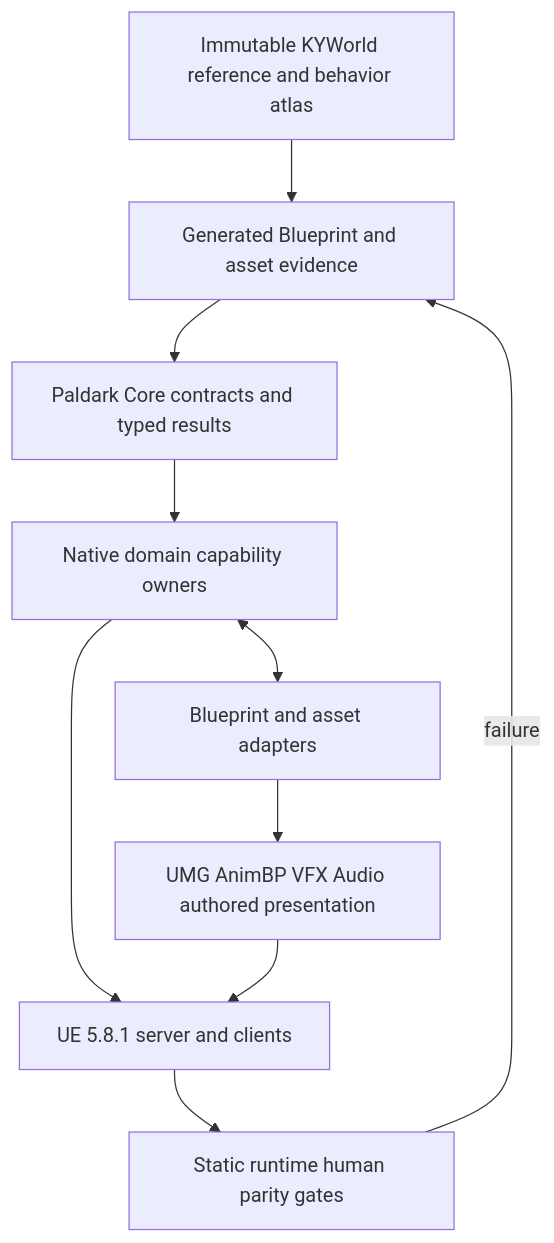
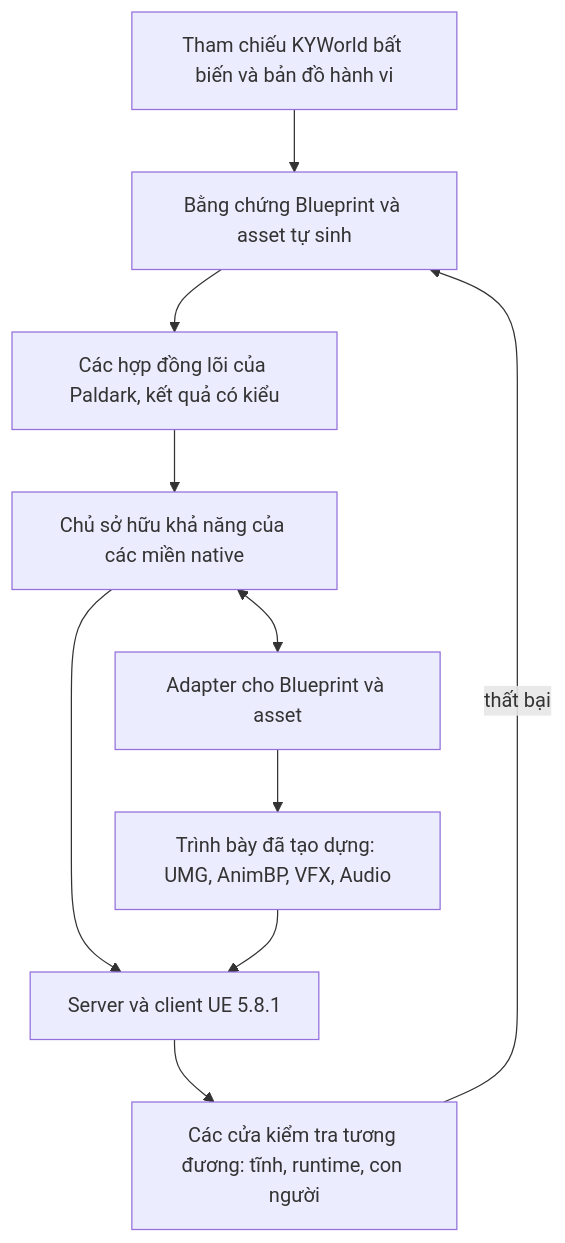
The seventh of 8 diagrams in V5/09-uefn-architecture-and-paldarkv5.md (SlimeVRX/Paldark-Docs), drawn with Mermaid before and after one commit. The commit also changed other lines of this file, not shown here.

Commit message:
docs: simplify UEFN architecture chapter

````diff
--- a/V5/09-uefn-architecture-and-paldarkv5.md
+++ b/V5/09-uefn-architecture-and-paldarkv5.md
@@ -1811,21 +1739,21 @@
-~~~mermaid
+```mermaid
 flowchart TB
-    Gold[Immutable KYWorld reference and behavior atlas]
-    Evidence[Generated Blueprint and asset evidence]
-    Contracts[Paldark Core contracts and typed results]
-    Domains[Native domain capability owners]
-    Adapters[Blueprint and asset adapters]
-    Presentation[UMG AnimBP VFX Audio authored presentation]
-    Runtime[UE 5.8.1 server and clients]
-    Gates[Static runtime human parity gates]
+    Gold[Tham chiếu KYWorld bất biến và bản đồ hành vi]
+    Evidence[Bằng chứng Blueprint và asset tự sinh]
+    Contracts[Các hợp đồng lõi của Paldark, kết quả có kiểu]
+    Domains[Chủ sở hữu khả năng của các miền native]
+    Adapters[Adapter cho Blueprint và asset]
+    Presentation[Trình bày đã tạo dựng: UMG, AnimBP, VFX, Audio]
+    Runtime[Server và client UE 5.8.1]
+    Gates[Các cửa kiểm tra tương đương: tĩnh, runtime, con người]
 
     Gold --> Evidence
     Evidence --> Contracts
     Contracts --> Domains
     Domains <--> Adapters
     Adapters --> Presentation
     Domains --> Runtime
     Presentation --> Runtime
     Runtime --> Gates
-    Gates -->|failure| Evidence
-~~~
+    Gates -->|thất bại| Evidence
+```
````
